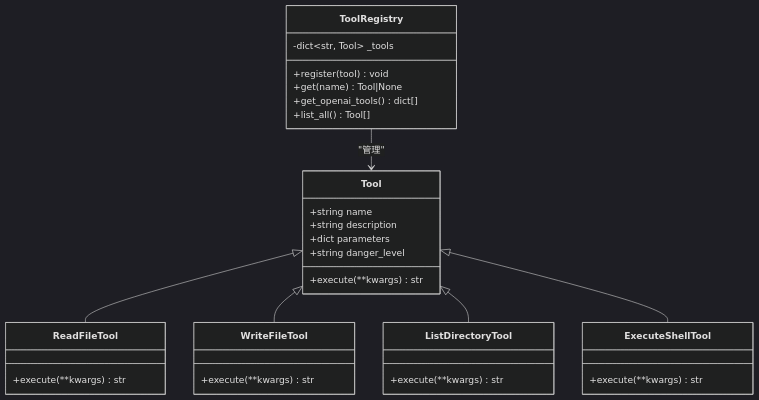
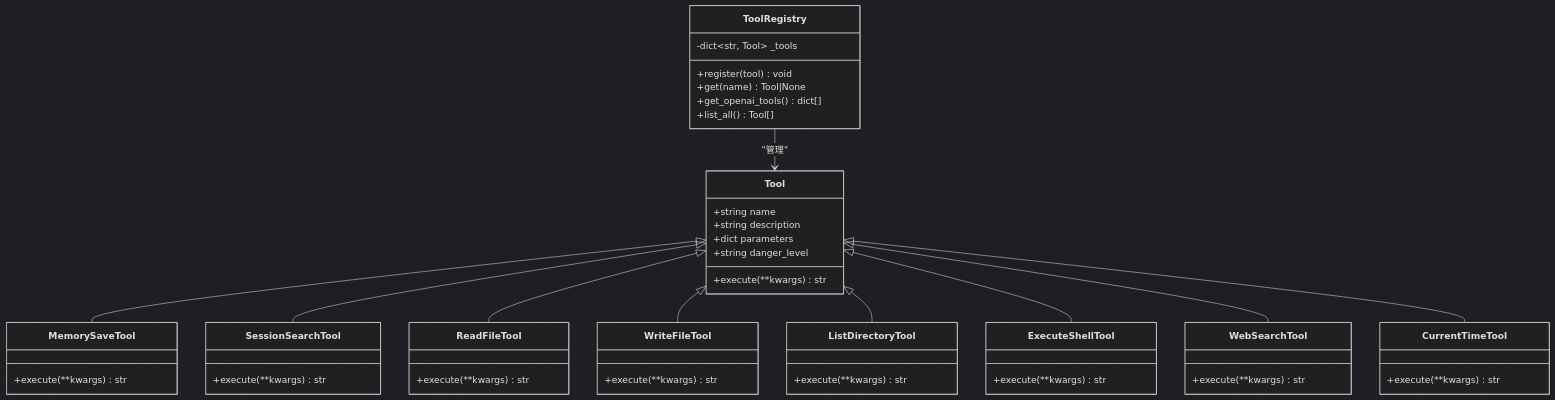
Before and after one commit to 250shiwo/MySmallAgent: the fourth of 5 diagrams in .qoder/repowiki/zh/content/核心模块详解/入口点和初始化.md, drawn with Mermaid (dark theme). The commit also changed other lines of this file and 41 other files, not shown here.

````diff
--- a/.qoder/repowiki/zh/content/核心模块详解/入口点和初始化.md
+++ b/.qoder/repowiki/zh/content/核心模块详解/入口点和初始化.md
@@ -253,34 +325,50 @@
 ```mermaid
 classDiagram
 class Tool {
 +string name
 +string description
 +dict parameters
 +string danger_level
 +execute(**kwargs) str
 }
 class ToolRegistry {
 -dict~str, Tool~ _tools
 +register(tool) void
 +get(name) Tool|None
 +get_openai_tools() dict[]
 +list_all() Tool[]
 }
+class MemorySaveTool {
++execute(**kwargs) str
+}
+class SessionSearchTool {
++execute(**kwargs) str
+}
 class ReadFileTool {
 +execute(**kwargs) str
 }
 class WriteFileTool {
 +execute(**kwargs) str
 }
 class ListDirectoryTool {
 +execute(**kwargs) str
 }
 class ExecuteShellTool {
 +execute(**kwargs) str
 }
+class WebSearchTool {
++execute(**kwargs) str
+}
+class CurrentTimeTool {
++execute(**kwargs) str
+}
+Tool <|-- MemorySaveTool
+Tool <|-- SessionSearchTool
 Tool <|-- ReadFileTool
 Tool <|-- WriteFileTool
 Tool <|-- ListDirectoryTool
 Tool <|-- ExecuteShellTool
+Tool <|-- WebSearchTool
+Tool <|-- CurrentTimeTool
 ToolRegistry --> Tool : "管理"
 ```
````
